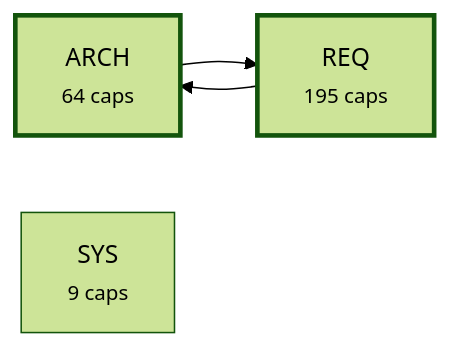
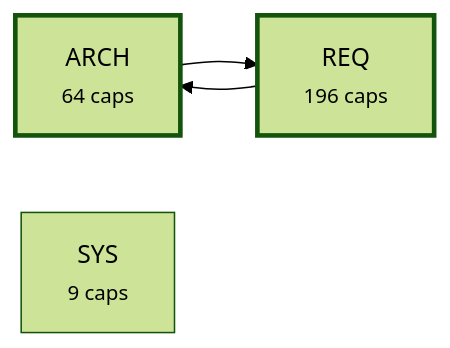
One commit to alxmax/Requirement-manager changed the third of 4 diagrams in plugin/requirements/_map.md. Above: the diagram before and after it, drawn with Mermaid (forest theme). The commit also changed other lines of this file and 29 other files, not shown here.

````diff
--- a/plugin/requirements/_map.md
+++ b/plugin/requirements/_map.md
@@ -991,10 +992,10 @@
 ```mermaid
 graph LR
   a_ARCH["ARCH<br><small>64 caps</small>"]
-  a_REQ["REQ<br><small>195 caps</small>"]
+  a_REQ["REQ<br><small>196 caps</small>"]
   a_SYS["SYS<br><small>9 caps</small>"]
   a_ARCH --> a_REQ
   a_REQ --> a_ARCH
   style a_ARCH stroke-width:3px
   style a_REQ stroke-width:3px
 ```
````
